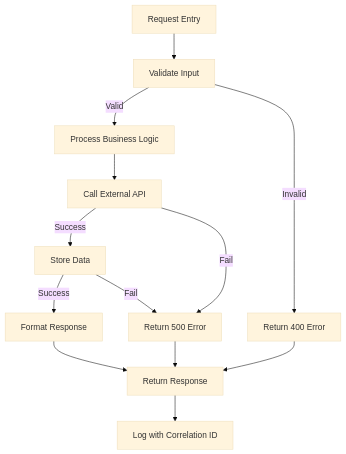
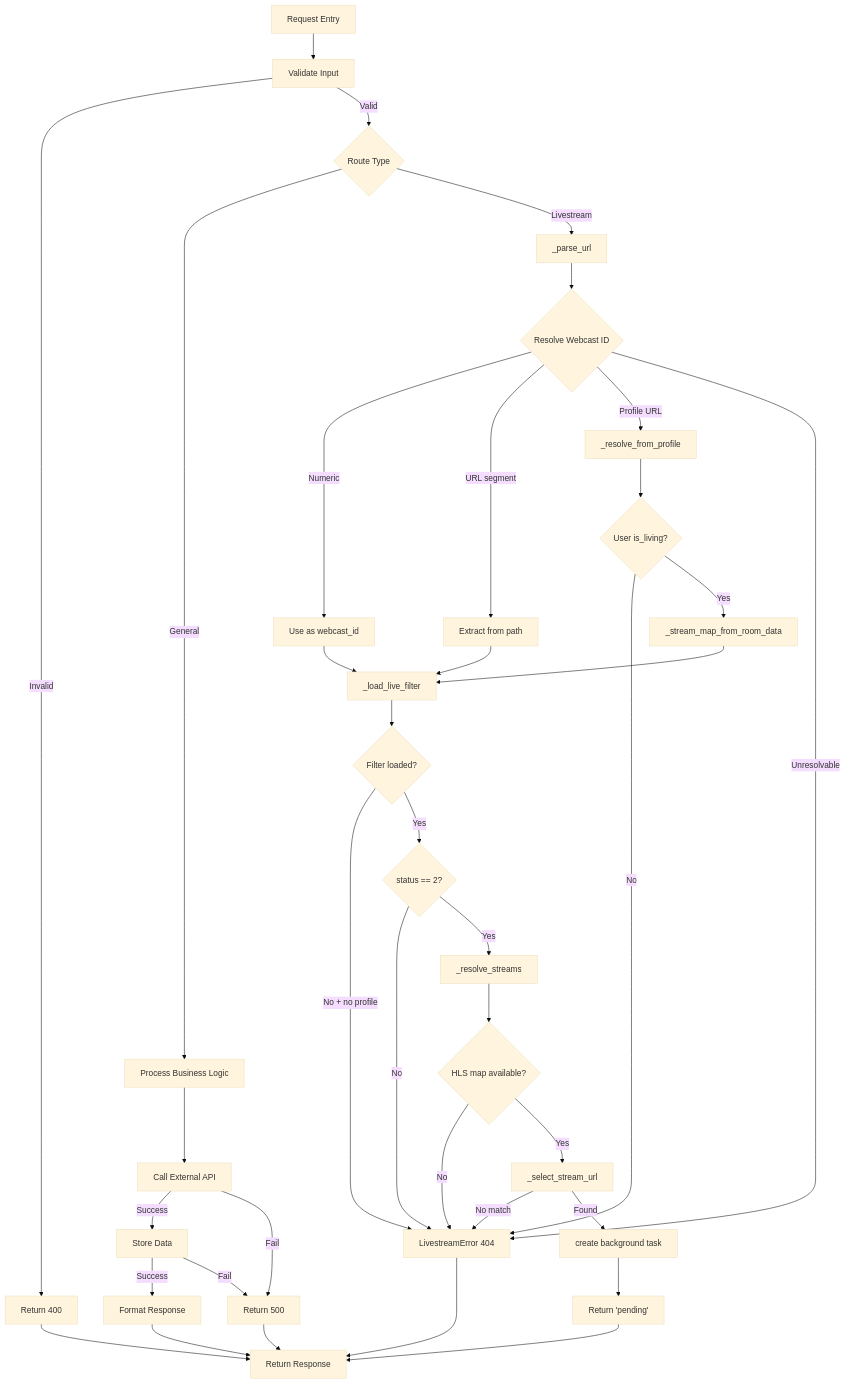
One commit to memenow/dyvine changed the diagram in docs/architecture/control-flow.md. Above: the diagram before and after it, drawn with Mermaid (base theme). The commit also changed other lines of this file and 21 other files, not shown here.

````diff
--- a/docs/architecture/control-flow.md
+++ b/docs/architecture/control-flow.md
@@ -11,15 +11,50 @@
 ```mermaid
 graph TD
     Start[Request Entry] --> Validate[Validate Input]
-    Validate -->|Valid| Process[Process Business Logic]
-    Validate -->|Invalid| Error400[Return 400 Error]
+    Validate -->|Invalid| Error400[Return 400]
+    Validate -->|Valid| Route{Route Type}
+
+    Route -->|General| Process[Process Business Logic]
+    Route -->|Livestream| ParseURL[_parse_url]
+
+    ParseURL --> ResolveID{Resolve Webcast ID}
+    ResolveID -->|Numeric| DirectID[Use as webcast_id]
+    ResolveID -->|URL segment| ExtractID[Extract from path]
+    ResolveID -->|Profile URL| ProfileLookup[_resolve_from_profile]
+    ResolveID -->|Unresolvable| LiveErr[LivestreamError 404]
+
+    ProfileLookup --> IsLive{User is_living?}
+    IsLive -->|No| LiveErr
+    IsLive -->|Yes| StreamMaps[_stream_map_from_room_data]
+
+    DirectID --> LoadFilter[_load_live_filter]
+    ExtractID --> LoadFilter
+    StreamMaps --> LoadFilter
+
+    LoadFilter --> FilterOK{Filter loaded?}
+    FilterOK -->|No + no profile| LiveErr
+    FilterOK -->|Yes| CheckStatus{status == 2?}
+
+    CheckStatus -->|No| LiveErr
+    CheckStatus -->|Yes| ResolveStreams[_resolve_streams]
+
+    ResolveStreams --> HasHLS{HLS map available?}
+    HasHLS -->|No| LiveErr
+    HasHLS -->|Yes| SelectQuality[_select_stream_url]
+
+    SelectQuality -->|No match| LiveErr
+    SelectQuality -->|Found| StartTask[create background task]
+    StartTask --> ReturnPending[Return 'pending']
+
     Process --> CallExternal[Call External API]
     CallExternal -->|Success| Store[Store Data]
-    CallExternal -->|Fail| Error500[Return 500 Error]
+    CallExternal -->|Fail| Error500[Return 500]
     Store -->|Success| Respond[Format Response]
     Store -->|Fail| Error500
+
     Respond --> End[Return Response]
+    ReturnPending --> End
+    LiveErr --> End
     Error400 --> End
     Error500 --> End
-    End --> Logging[Log with Correlation ID]
 ```
````
